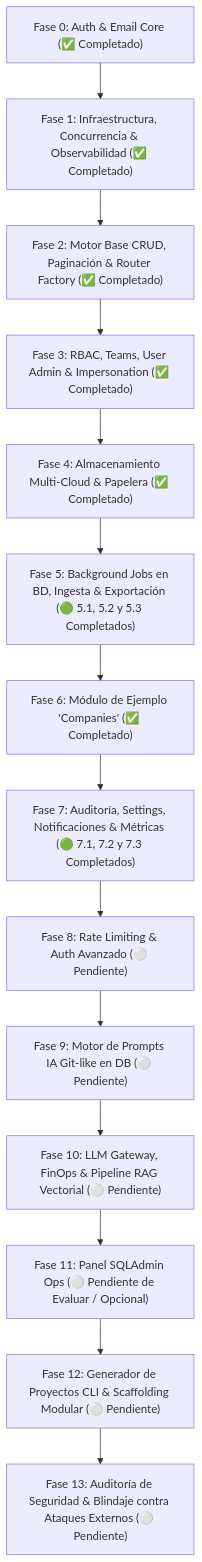
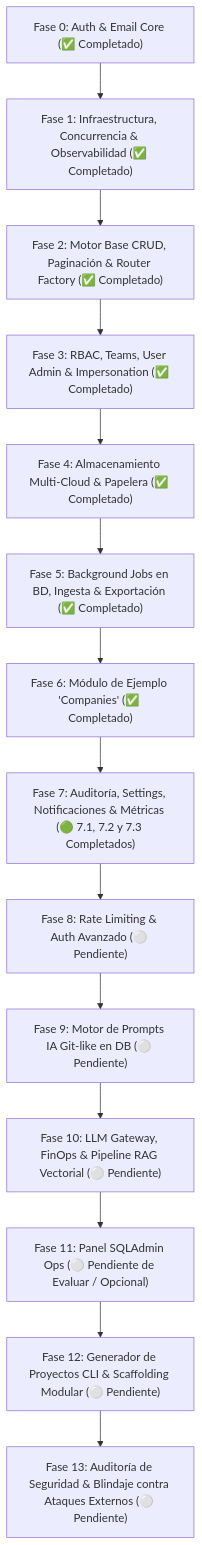
The diagram in ROADMAP.md (javireyramirez/fastapi_plantilla), drawn with Mermaid before and after one commit. The commit also changed other lines of this file and 42 other files, not shown here.

````diff
--- a/ROADMAP.md
+++ b/ROADMAP.md
@@ -30,16 +30,16 @@
 ```mermaid
 flowchart TD
     F0["Fase 0: Auth & Email Core (✅ Completado)"] --> F1["Fase 1: Infraestructura, Concurrencia & Observabilidad (✅ Completado)"]
     F1 --> F2["Fase 2: Motor Base CRUD, Paginación & Router Factory (✅ Completado)"]
     F2 --> F3["Fase 3: RBAC, Teams, User Admin & Impersonation (✅ Completado)"]
     F3 --> F4["Fase 4: Almacenamiento Multi-Cloud & Papelera (✅ Completado)"]
-    F4 --> F5["Fase 5: Background Jobs en BD, Ingesta & Exportación (🟢 5.1, 5.2 y 5.3 Completados)"]
+    F4 --> F5["Fase 5: Background Jobs en BD, Ingesta & Exportación (✅ Completado)"]
     F5 --> F6["Fase 6: Módulo de Ejemplo 'Companies' (✅ Completado)"]
     F6 --> F7["Fase 7: Auditoría, Settings, Notificaciones & Métricas (🟢 7.1, 7.2 y 7.3 Completados)"]
     F7 --> F8["Fase 8: Rate Limiting & Auth Avanzado (⚪ Pendiente)"]
     F8 --> F9["Fase 9: Motor de Prompts IA Git-like en DB (⚪ Pendiente)"]
     F9 --> F10["Fase 10: LLM Gateway, FinOps & Pipeline RAG Vectorial (⚪ Pendiente)"]
     F10 --> F11["Fase 11: Panel SQLAdmin Ops (⚪ Pendiente de Evaluar / Opcional)"]
     F11 --> F12["Fase 12: Generador de Proyectos CLI & Scaffolding Modular (⚪ Pendiente)"]
     F12 --> F13["Fase 13: Auditoría de Seguridad & Blindaje contra Ataques Externos (⚪ Pendiente)"]
 ```
````
